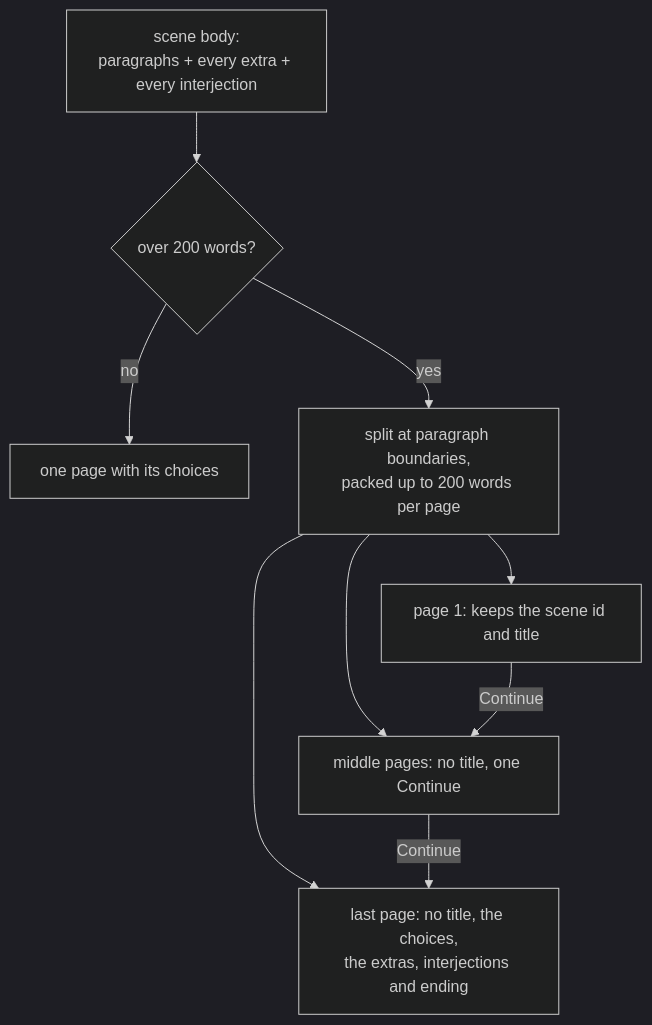
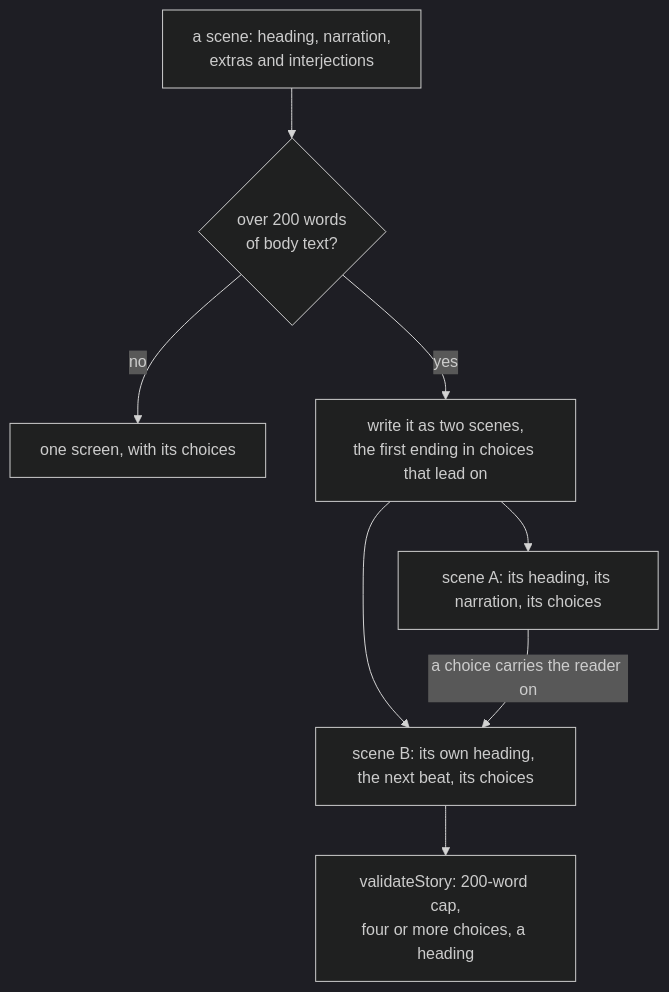
One commit to jgyy/nextxian changed the fourth of 15 diagrams in docs/ARCHITECTURE.md. Above: the diagram before and after it, drawn with Mermaid (dark theme). The commit also changed other lines of this file and 68 other files, not shown here.

First line of the commit message:
Drop Continue pages and add 100 scenes in five side paths (#6)

````diff
--- a/docs/ARCHITECTURE.md
+++ b/docs/ARCHITECTURE.md
@@ -93,11 +84,10 @@
 ```mermaid
 flowchart TD
-  S[scene body:<br/>paragraphs + every extra + every interjection] --> C{over 200 words?}
-  C -- no --> ONE[one page with its choices]
-  C -- yes --> SPLIT[split at paragraph boundaries,<br/>packed up to 200 words per page]
-  SPLIT --> P1[page 1: keeps the scene id and title]
-  SPLIT --> PM[middle pages: no title, one Continue]
-  SPLIT --> PL[last page: no title, the choices,<br/>the extras, interjections and ending]
-  P1 -- Continue --> PM
-  PM -- Continue --> PL
+  S["a scene: heading, narration,<br/>extras and interjections"] --> C{over 200 words<br/>of body text?}
+  C -- no --> ONE["one screen, with its choices"]
+  C -- yes --> SPLIT["write it as two scenes,<br/>the first ending in choices that lead on"]
+  SPLIT --> A["scene A: its heading, its narration, its choices"]
+  SPLIT --> B["scene B: its own heading, the next beat, its choices"]
+  A -- "a choice carries the reader on" --> B
+  B --> V["validateStory: 200-word cap,<br/>four or more choices, a heading"]
 ```
````
